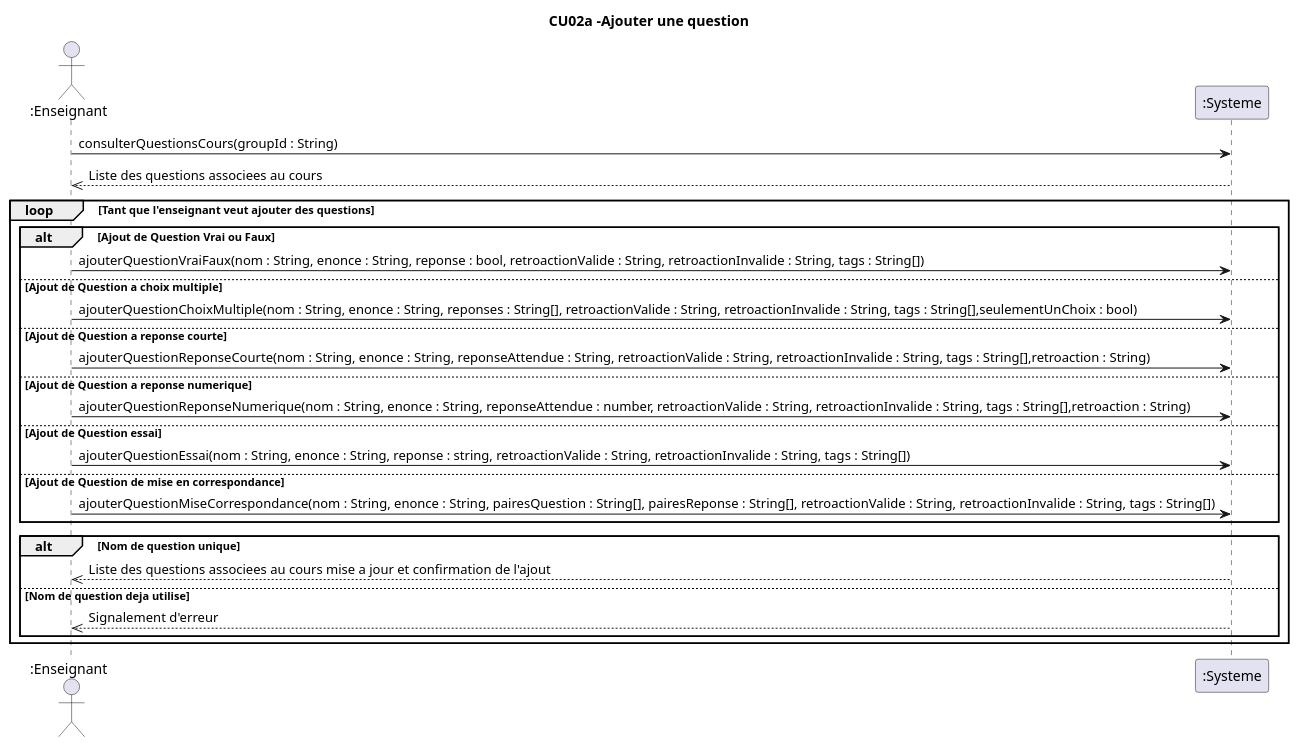
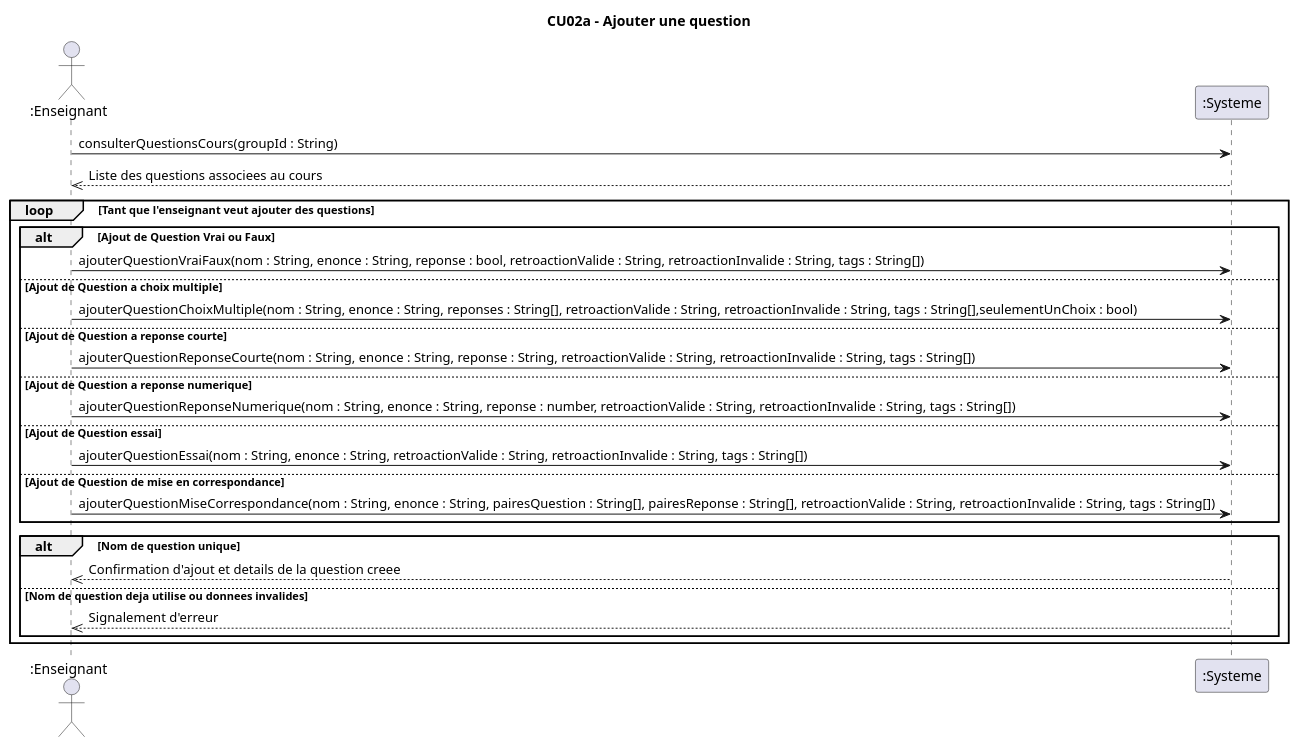
Before and after one commit to xMrYahya/moodle-clone: the diagram in docs/modeles/cu02/dss-ajouter-question.puml, drawn with PlantUML. The commit also changed 4 other files, not shown here.

```diff
--- a/docs/modeles/cu02/dss-ajouter-question.puml
+++ b/docs/modeles/cu02/dss-ajouter-question.puml
@@ -1,31 +1,31 @@
 @startuml
-title CU02a -Ajouter une question
+title CU02a - Ajouter une question
 actor ":Enseignant" as e
 participant ":Systeme" as s
-' Ajout des Pre conditions ici si nécessaire
+
 e->s : consulterQuestionsCours(groupId : String)
 s-->>e : Liste des questions associees au cours
+
 loop Tant que l'enseignant veut ajouter des questions
 alt Ajout de Question Vrai ou Faux
 e->s : ajouterQuestionVraiFaux(nom : String, enonce : String, reponse : bool, retroactionValide : String, retroactionInvalide : String, tags : String[])
 else Ajout de Question a choix multiple
  e->s : ajouterQuestionChoixMultiple(nom : String, enonce : String, reponses : String[], retroactionValide : String, retroactionInvalide : String, tags : String[],seulementUnChoix : bool)
 else Ajout de Question a reponse courte
- e->s : ajouterQuestionReponseCourte(nom : String, enonce : String, reponseAttendue : String, retroactionValide : String, retroactionInvalide : String, tags : String[],retroaction : String)
+ e->s : ajouterQuestionReponseCourte(nom : String, enonce : String, reponse : String, retroactionValide : String, retroactionInvalide : String, tags : String[])
 else Ajout de Question a reponse numerique
- e->s : ajouterQuestionReponseNumerique(nom : String, enonce : String, reponseAttendue : number, retroactionValide : String, retroactionInvalide : String, tags : String[],retroaction : String)
+ e->s : ajouterQuestionReponseNumerique(nom : String, enonce : String, reponse : number, retroactionValide : String, retroactionInvalide : String, tags : String[])
 else Ajout de Question essai
-    e->s : ajouterQuestionEssai(nom : String, enonce : String, reponse : string, retroactionValide : String, retroactionInvalide : String, tags : String[])
+    e->s : ajouterQuestionEssai(nom : String, enonce : String, retroactionValide : String, retroactionInvalide : String, tags : String[])
 else Ajout de Question de mise en correspondance
     e->s : ajouterQuestionMiseCorrespondance(nom : String, enonce : String, pairesQuestion : String[], pairesReponse : String[], retroactionValide : String, retroactionInvalide : String, tags : String[])
 end alt
 
-
 alt Nom de question unique
-    s-->>e : Liste des questions associees au cours mise a jour et confirmation de l'ajout
-else Nom de question deja utilise
+    s-->>e : Confirmation d'ajout et details de la question creee
+else Nom de question deja utilise ou donnees invalides
     s-->>e : Signalement d'erreur
 end alt
 end loop
 
 @enduml
```
